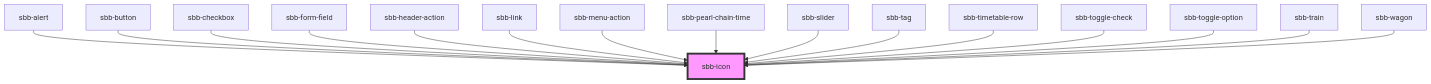
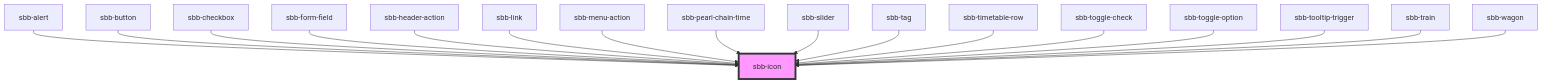
Before and after one commit to sbb-design-systems/lyne-components: the diagram in src/components/sbb-icon/readme.md, drawn with Mermaid. The commit also changed other lines of this file and 10 other files, not shown here.

Commit message:
feat: first implementation of tooltip-trigger

````diff
--- a/src/components/sbb-icon/readme.md
+++ b/src/components/sbb-icon/readme.md
@@ -116,19 +117,20 @@
 ```mermaid
 graph TD;
   sbb-alert --> sbb-icon
   sbb-button --> sbb-icon
   sbb-checkbox --> sbb-icon
   sbb-form-field --> sbb-icon
   sbb-header-action --> sbb-icon
   sbb-link --> sbb-icon
   sbb-menu-action --> sbb-icon
   sbb-pearl-chain-time --> sbb-icon
   sbb-slider --> sbb-icon
   sbb-tag --> sbb-icon
   sbb-timetable-row --> sbb-icon
   sbb-toggle-check --> sbb-icon
   sbb-toggle-option --> sbb-icon
+  sbb-tooltip-trigger --> sbb-icon
   sbb-train --> sbb-icon
   sbb-wagon --> sbb-icon
   style sbb-icon fill:#f9f,stroke:#333,stroke-width:4px
 ```
````
